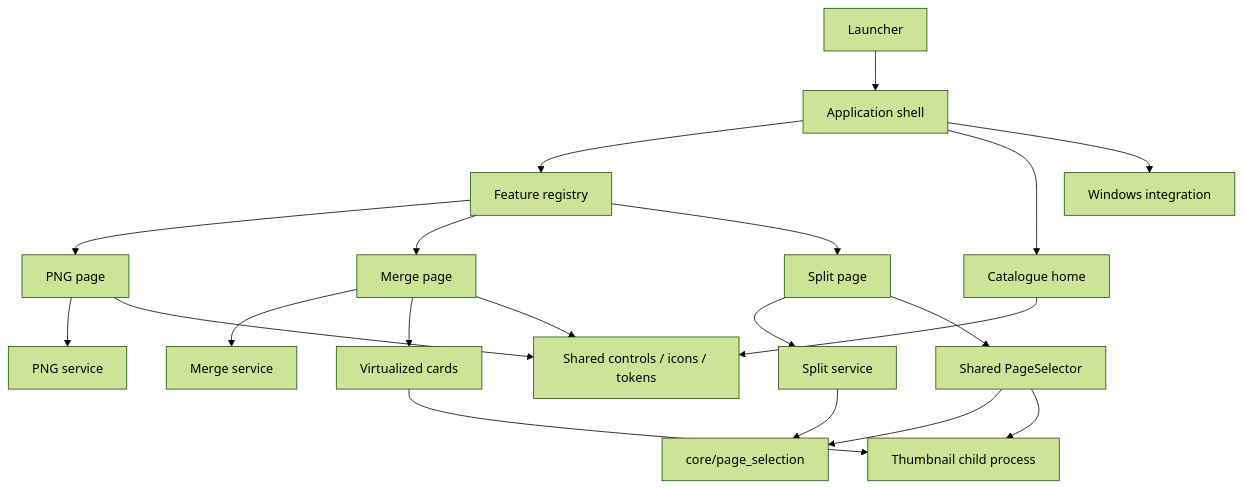
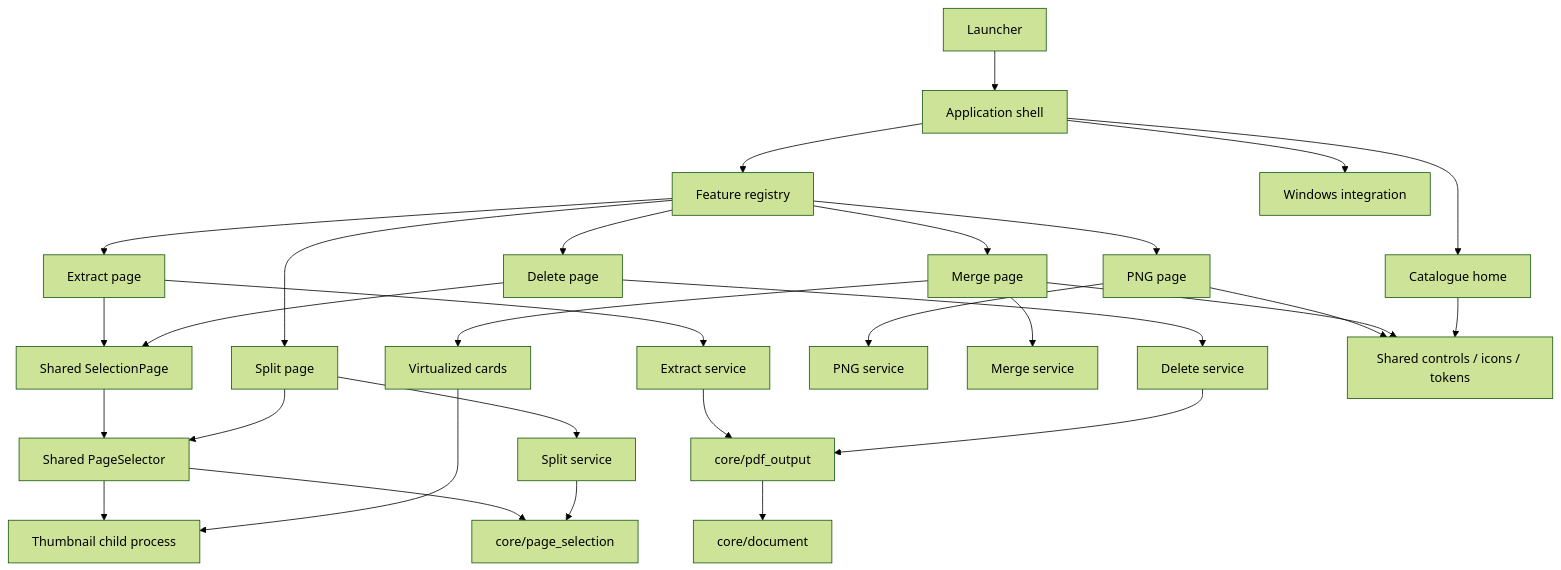
Before and after one commit to Ntdpz/PDF_LoveR: the diagram in docs/ARCHITECTURE.md, drawn with Mermaid (forest theme). The commit also changed other lines of this file and 51 other files, not shown here.

First line of the commit message:
Add safe page extraction and deletion tools in 1.4.0

````diff
--- a/docs/ARCHITECTURE.md
+++ b/docs/ARCHITECTURE.md
@@ -38,22 +41,32 @@
 ```mermaid
 flowchart TD
   Entry[Launcher] --> Shell[Application shell]
   Shell --> Registry[Feature registry]
   Shell --> Home[Catalogue home]
   Shell --> Windows[Windows integration]
   Registry --> PNG[PNG page]
   Registry --> Merge[Merge page]
+  Registry --> Extract[Extract page]
+  Registry --> Delete[Delete page]
+  Extract --> Workbench[Shared SelectionPage]
+  Delete --> Workbench
+  Workbench --> Selector
+  Extract --> ExtractEngine[Extract service]
+  Delete --> DeleteEngine[Delete service]
+  ExtractEngine --> SafeExport[core/pdf_output]
+  DeleteEngine --> SafeExport
+  SafeExport --> Document[core/document]
   Registry --> Split[Split page]
   Split --> SplitEngine[Split service]
   Split --> Selector[Shared PageSelector]
   Selector --> Selection[core/page_selection]
   SplitEngine --> Selection
   Selector --> Preview
   PNG --> PNGEngine[PNG service]
   Merge --> MergeEngine[Merge service]
   Merge --> Cards[Virtualized cards]
   Cards --> Preview[Thumbnail child process]
   PNG --> UI[Shared controls / icons / tokens]
   Merge --> UI
   Home --> UI
 ```
````
